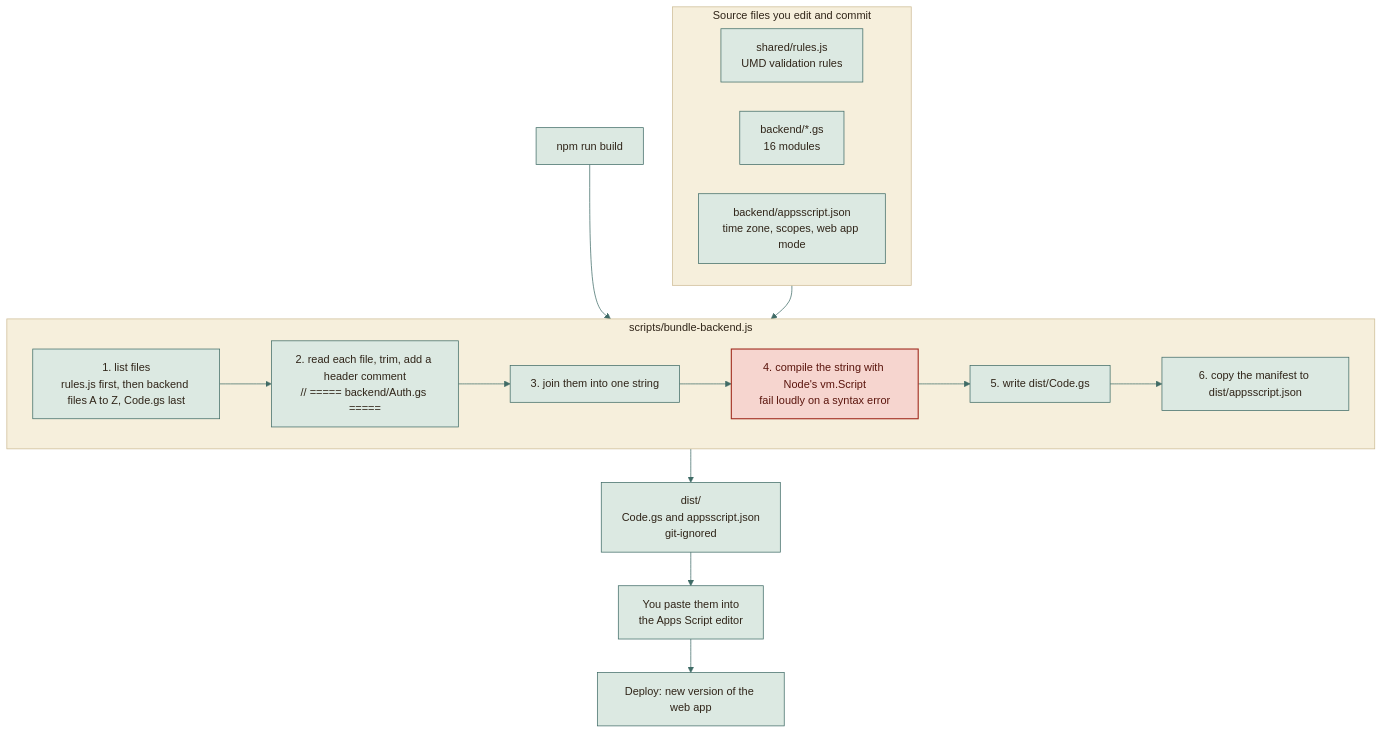
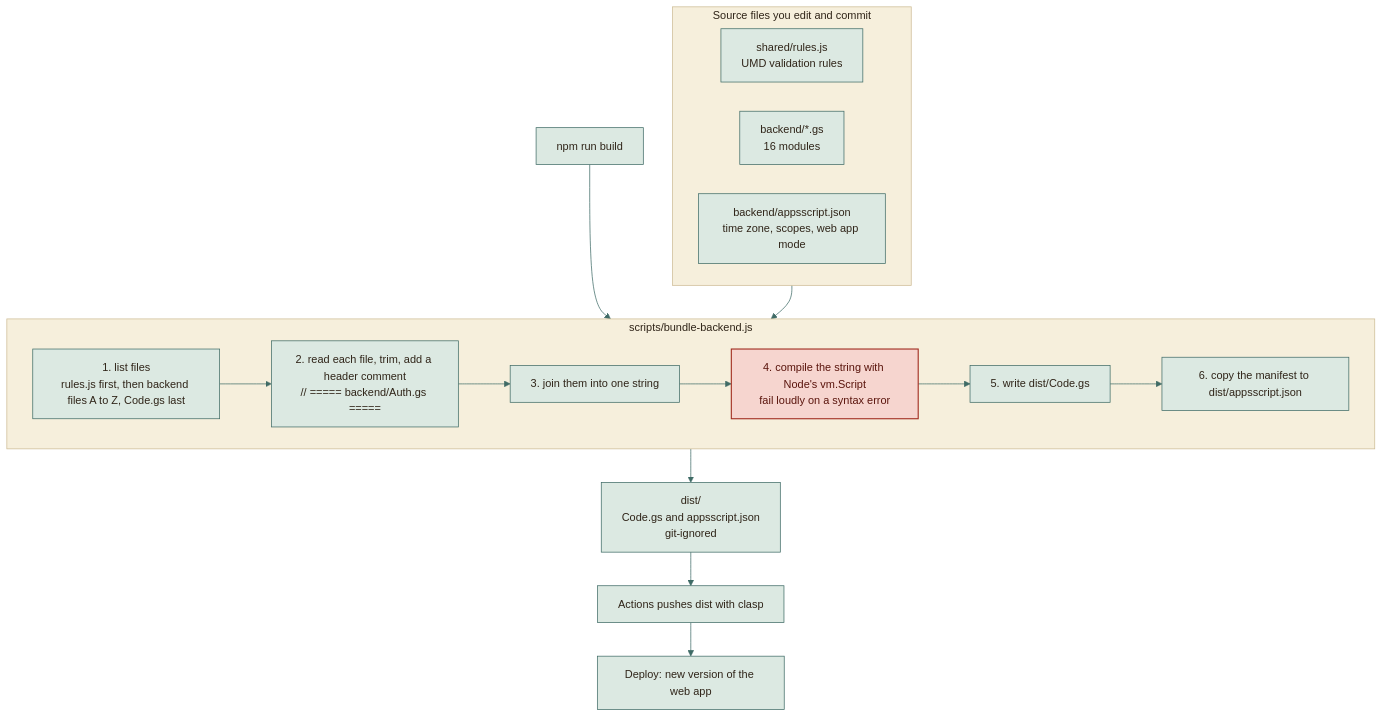
One commit to moyeh04/forms-platform changed the first of 4 diagrams in docs/architecture/BUILD-PIPELINE.md. Above: the diagram before and after it, drawn with Mermaid. The commit also changed other lines of this file and 14 other files, not shown here.

````diff
--- a/docs/architecture/BUILD-PIPELINE.md
+++ b/docs/architecture/BUILD-PIPELINE.md
@@ -31,54 +31,54 @@
 ```mermaid
 %%{init: {
   'theme': 'base',
   'themeVariables': {
     'fontFamily': 'ui-sans-serif, system-ui, -apple-system, Segoe UI, Roboto, sans-serif',
     'fontSize': '15px',
     'primaryColor': '#DCE9E2', 'primaryBorderColor': '#3F6B66', 'primaryTextColor': '#2F2418',
     'secondaryColor': '#F0E4C8', 'secondaryBorderColor': '#C9A24A', 'secondaryTextColor': '#2F2418',
     'tertiaryColor': '#F6EFDC', 'tertiaryBorderColor': '#CDBB94', 'tertiaryTextColor': '#2F2418',
     'lineColor': '#3F6B66', 'textColor': '#2F2418', 'mainBkg': '#DCE9E2', 'nodeBorder': '#3F6B66',
     'clusterBkg': '#F6EFDC', 'clusterBorder': '#CDBB94', 'titleColor': '#2F2418',
     'edgeLabelBackground': '#F8F1DD',
     'actorBkg': '#DCE9E2', 'actorBorder': '#3F6B66', 'actorTextColor': '#2F2418', 'actorLineColor': '#8FB3AB',
     'signalColor': '#477A73', 'signalTextColor': '#477A73',
     'labelBoxBkgColor': '#F0E4C8', 'labelBoxBorderColor': '#C9A24A', 'labelTextColor': '#2F2418', 'loopTextColor': '#6A5A44',
     'noteBkgColor': '#FBEFC9', 'noteBorderColor': '#C9A24A', 'noteTextColor': '#2F2418',
     'activationBkgColor': '#DCE9E2', 'activationBorderColor': '#3F6B66', 'sequenceNumberColor': '#F8F1DD',
     'transitionColor': '#3F6B66', 'stateLabelColor': '#2F2418', 'stateBkg': '#DCE9E2', 'altBackground': '#F6EFDC',
     'attributeBackgroundColorOdd': '#F8F1DD', 'attributeBackgroundColorEven': '#F0E4C8'
   },
   'flowchart': {'curve': 'basis', 'padding': 14, 'nodeSpacing': 40, 'rankSpacing': 46},
   'sequence': {'mirrorActors': false, 'messageMargin': 34, 'boxMargin': 8}
 }}%%
 flowchart TD
     subgraph sources["Source files you edit and commit"]
         rules["shared/rules.js<br/>UMD validation rules"]
         gs["backend/*.gs<br/>16 modules"]
         manifest["backend/appsscript.json<br/>time zone, scopes, web app mode"]
     end
 
     cmd["npm run build"] --> bundler
 
     subgraph bundler["scripts/bundle-backend.js"]
         s1["1. list files<br/>rules.js first, then backend files A to Z, Code.gs last"]
         s2["2. read each file, trim, add a header comment<br/>// ===== backend/Auth.gs ====="]
         s3["3. join them into one string"]
         s4["4. compile the string with Node's vm.Script<br/>fail loudly on a syntax error"]
         s5["5. write dist/Code.gs"]
         s6["6. copy the manifest to dist/appsscript.json"]
         s1 --> s2 --> s3 --> s4 --> s5 --> s6
     end
 
     sources --> bundler
     bundler --> dist["dist/<br/>Code.gs and appsscript.json<br/>git-ignored"]
-    dist --> paste["You paste them into<br/>the Apps Script editor"]
+    dist --> paste["Actions pushes dist with clasp"]
     paste --> live["Deploy: new version of the web app"]
     classDef cDb fill:#F3E2B3,stroke:#B8892D,stroke-width:1.5px,color:#2F2418
     classDef cActor fill:#F4D9D3,stroke:#9A3328,stroke-width:1.5px,color:#2F2418
     classDef cDec fill:#FBEFC9,stroke:#C9A24A,stroke-width:1.5px,color:#2F2418
     classDef cEnd fill:#2F2418,stroke:#2F2418,color:#F8F1DD
     classDef cErr fill:#F6D5CF,stroke:#A12B1F,stroke-width:1.5px,color:#5A140C
     classDef cOk fill:#BFD9CF,stroke:#2E5A55,stroke-width:1.5px,color:#17302D
     class s4 cErr
 ```
````
